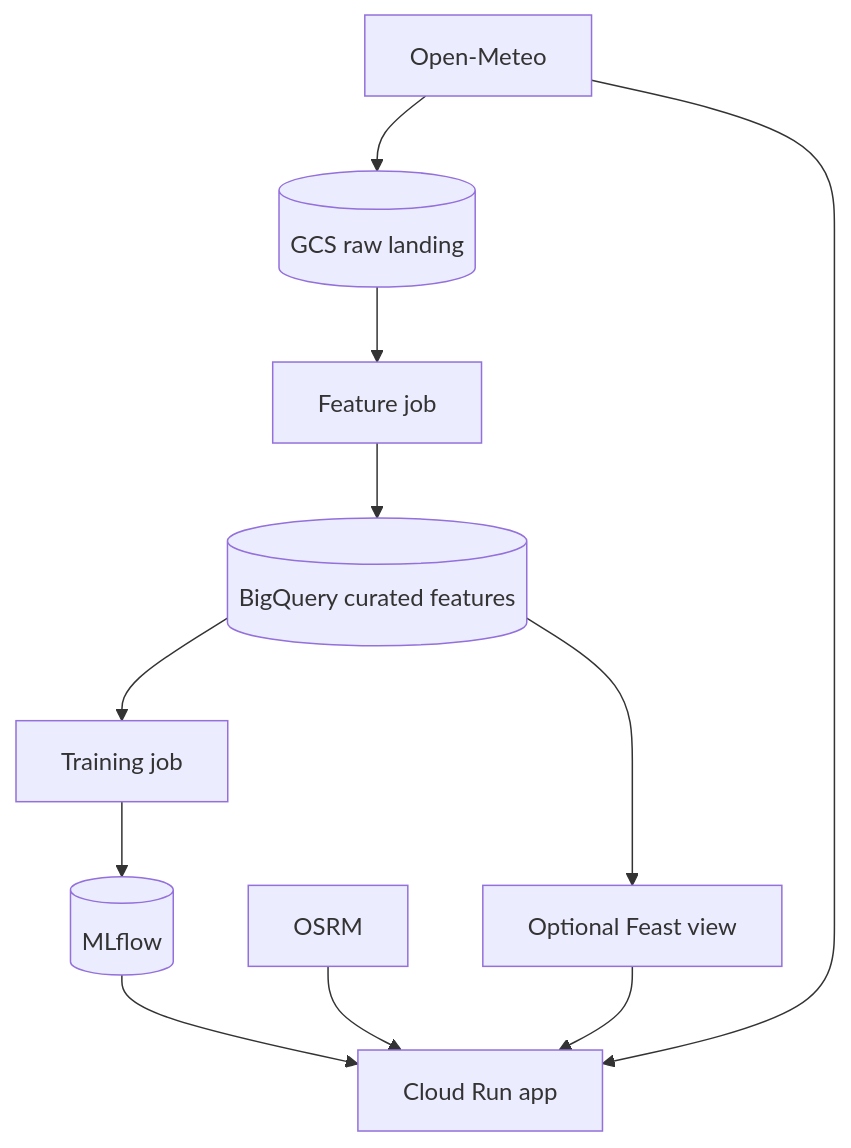
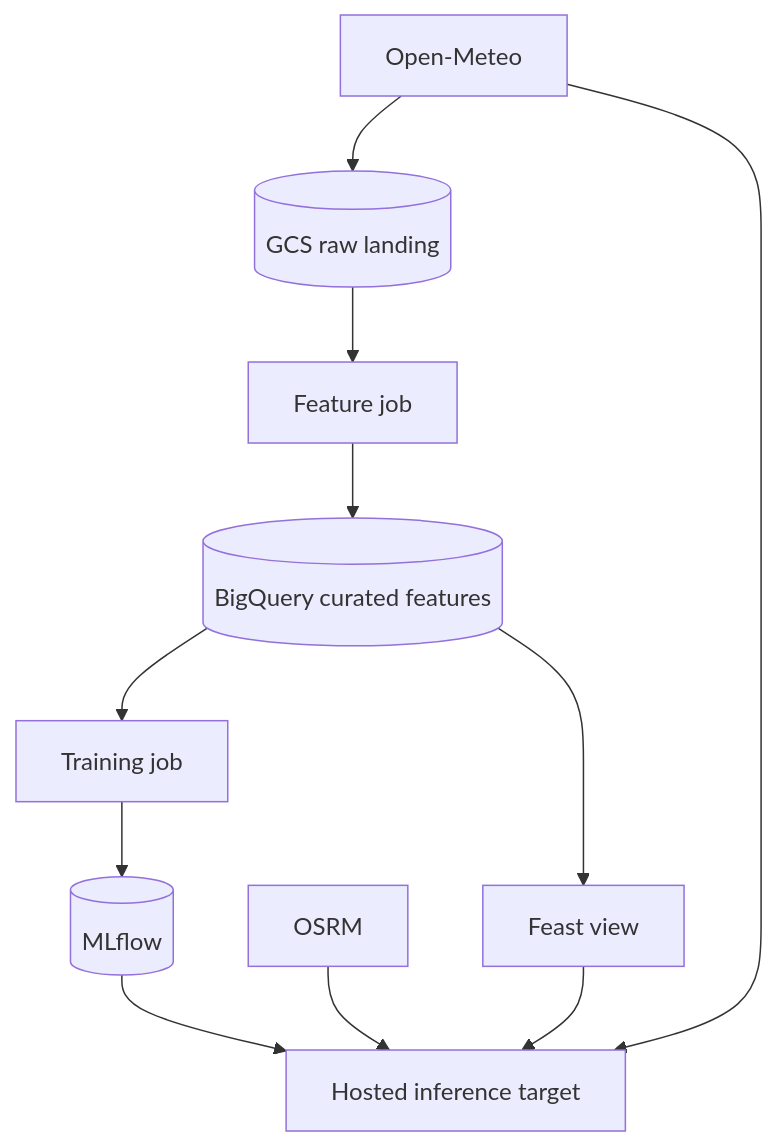
The second of 2 diagrams in docs/site/system/cloud-mapping.md (javihslu/foehncast), drawn with Mermaid before and after one commit. The commit also changed other lines of this file and 64 other files, not shown here.

```diff
--- a/docs/site/system/cloud-mapping.md
+++ b/docs/site/system/cloud-mapping.md
@@ -77,13 +80,13 @@
 <div class="mermaid">
 flowchart TD
     OME[Open-Meteo] --> RAW[(GCS raw landing)]
     RAW --> FEAT[Feature job]
     FEAT --> BQ[(BigQuery curated features)]
     BQ --> TRAIN[Training job]
     TRAIN --> MLF[(MLflow)]
-    MLF --> RUN[Cloud Run app]
+    MLF --> RUN[Hosted inference target]
     OME --> RUN
     OSRM[OSRM] --> RUN
-    BQ --> FEAST[Optional Feast view]
+    BQ --> FEAST[Feast view]
     FEAST --> RUN
 </div>
```
